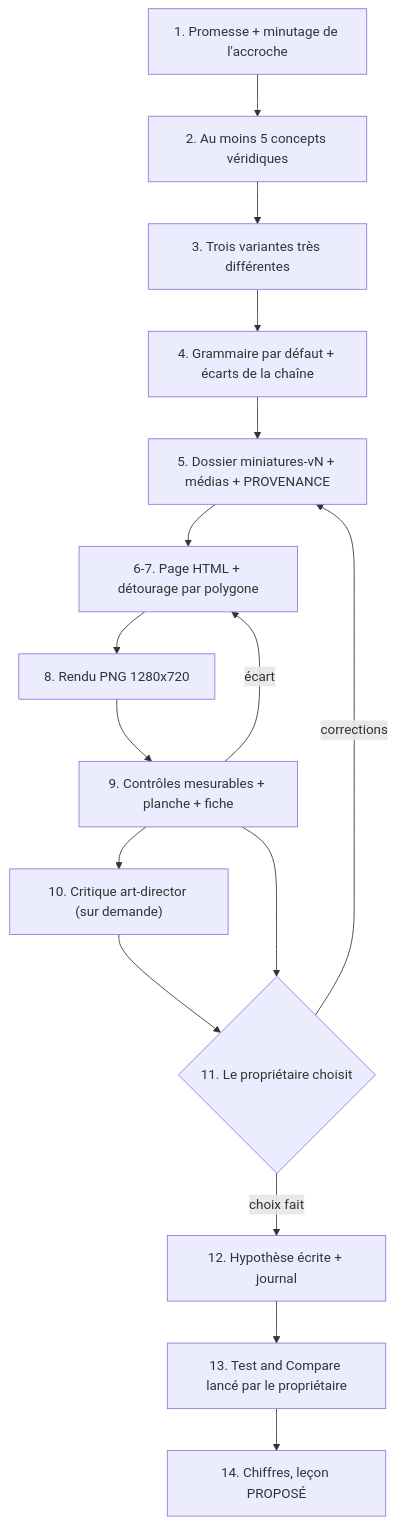
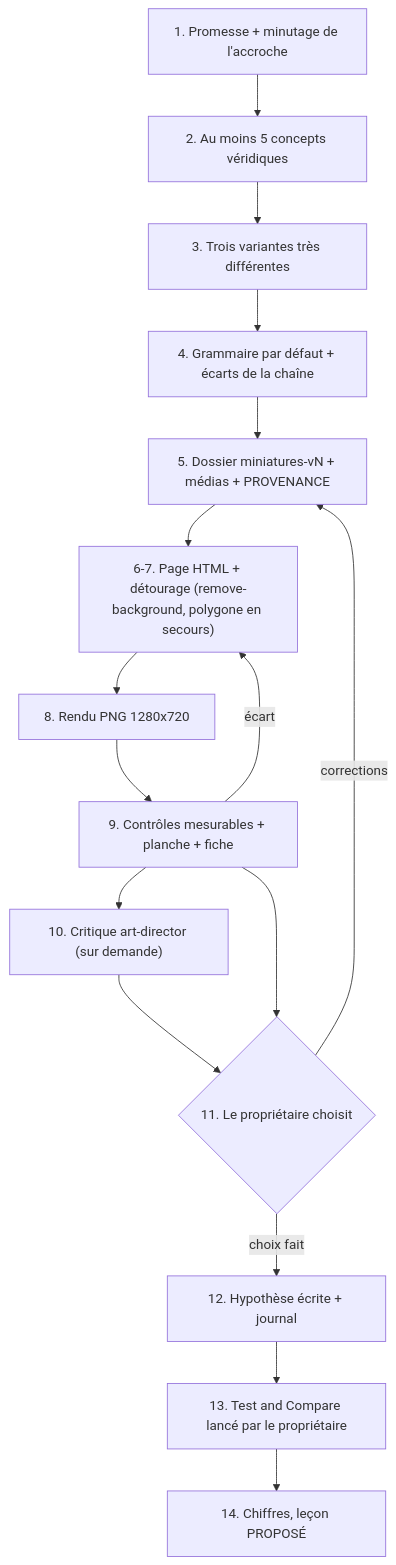
One commit to hichamsbihi/studio-faceless changed the diagram in docs/workflows/miniature.md. Above: the diagram before and after it, drawn with Mermaid. The commit also changed other lines of this file and 7 other files, not shown here.

Commit message:
plugin 0.6.1 : détourage des miniatures par le modèle local remove-background (voie A), polygone en secours (voie B) ; Pillow pour le masque (essai de l'E011 d'AA ; Hicham, 03/11/2026)

````diff
--- a/docs/workflows/miniature.md
+++ b/docs/workflows/miniature.md
@@ -68,18 +68,18 @@
 ```mermaid
 flowchart TD
     A["1. Promesse + minutage de l'accroche"] --> B["2. Au moins 5 concepts véridiques"]
     B --> C["3. Trois variantes très différentes"]
     C --> D["4. Grammaire par défaut + écarts de la chaîne"]
     D --> E["5. Dossier miniatures-vN + médias + PROVENANCE"]
-    E --> F["6-7. Page HTML + détourage par polygone"]
+    E --> F["6-7. Page HTML + détourage (remove-background, polygone en secours)"]
     F --> G["8. Rendu PNG 1280x720"]
     G --> H["9. Contrôles mesurables + planche + fiche"]
     H -->|écart| F
     H --> I["10. Critique art-director (sur demande)"]
     I --> J{"11. Le propriétaire choisit"}
     H --> J
     J -->|corrections| E
     J -->|choix fait| K["12. Hypothèse écrite + journal"]
     K --> L["13. Test and Compare lancé par le propriétaire"]
     L --> M["14. Chiffres, leçon PROPOSÉ"]
 ```
````
